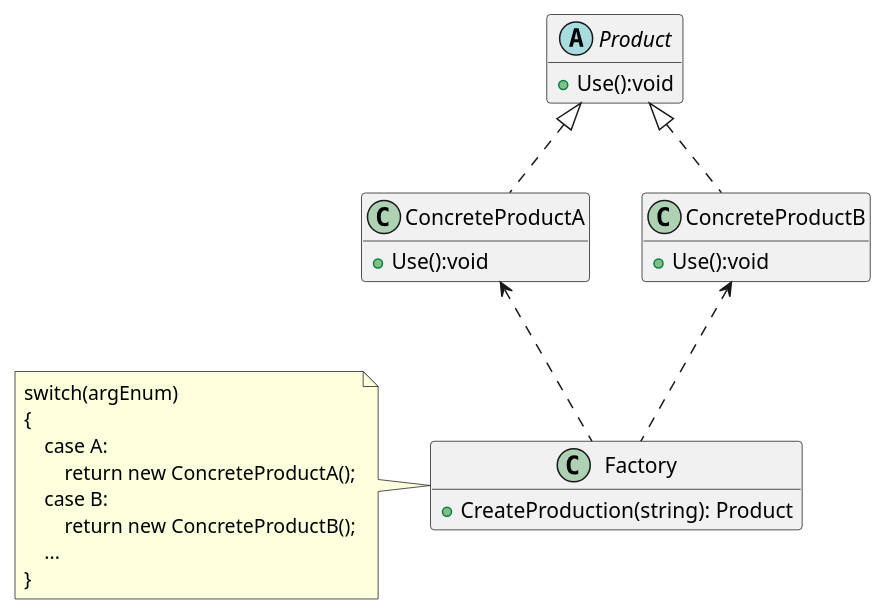
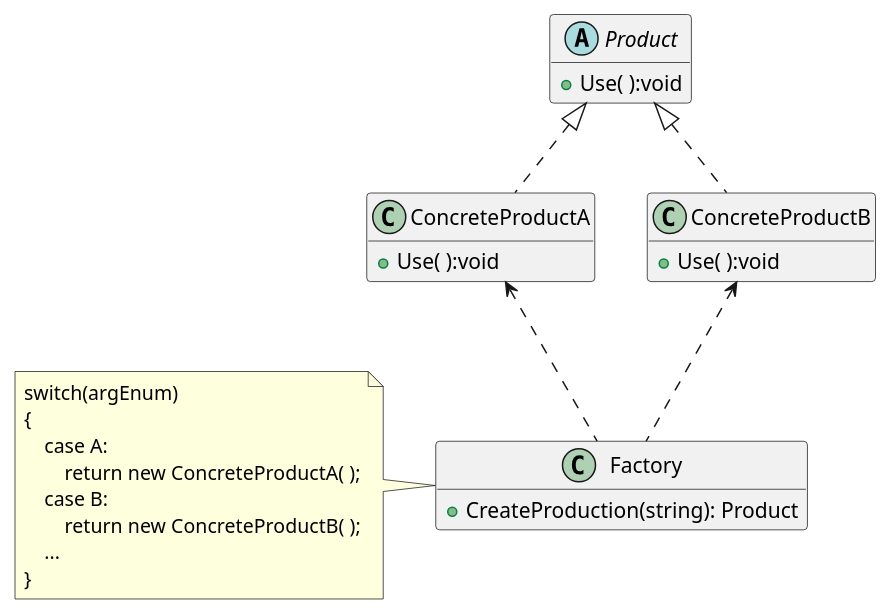
Before and after one commit to LviatYi/KnownBase: the first of 2 diagrams in DesignPatternNote/index/simpleFactory.md, drawn with PlantUML. The commit also changed other lines of this file and 6 other files, not shown here.

````diff
--- a/DesignPatternNote/index/simpleFactory.md
+++ b/DesignPatternNote/index/simpleFactory.md
@@ -32,33 +32,33 @@
 ```PlantUML
 @startuml SimpleFactory_ClassDiagram
 hide empty members
 class Factory{
     +CreateProduction(string): Product
 }
 class ConcreteProductA{
-    +Use():void
+    +Use( ):void
 
 }
 class ConcreteProductB{
-    +Use():void
+    +Use( ):void
 }
 abstract Product{
-    +Use():void
+    +Use( ):void
 }
 Product<|..ConcreteProductA
 Product<|..ConcreteProductB
 
 ConcreteProductA<..Factory
 ConcreteProductB<..Factory
 note left of Factory
     switch(argEnum)
     {
         case A:
-            return new ConcreteProductA();
+            return new ConcreteProductA( );
         case B:
-            return new ConcreteProductB();
+            return new ConcreteProductB( );
         ...
     }
 end note
 @enduml
 ```
````
